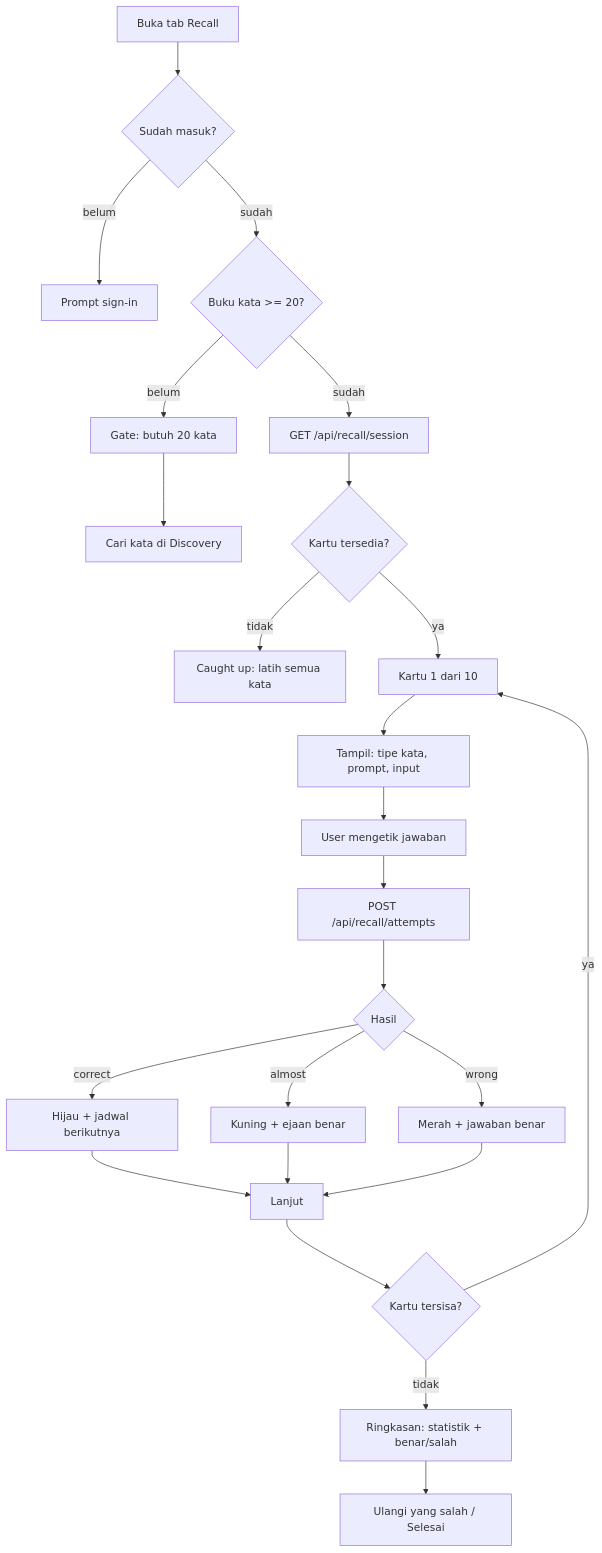
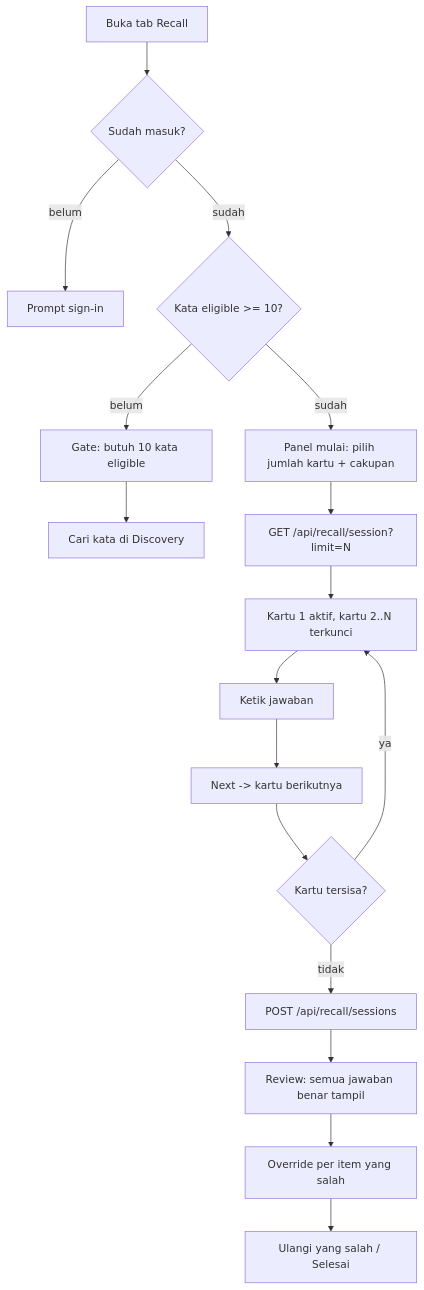
Before and after one commit to nandah4/billien: the diagram in docs/plan-recall.md, drawn with Mermaid. The commit also changed other lines of this file, not shown here.

First line of the commit message:
docs(recall): plan the session model, streak fix, and analytics

````diff
--- a/docs/plan-recall.md
+++ b/docs/plan-recall.md
@@ -15,26 +33,19 @@
 ```mermaid
 flowchart TD
     A[Buka tab Recall] --> B{Sudah masuk?}
     B -- belum --> B1[Prompt sign-in]
-    B -- sudah --> C{Buku kata >= 20?}
-    C -- belum --> C1[Gate: butuh 20 kata]
+    B -- sudah --> C{Kata eligible >= 10?}
+    C -- belum --> C1[Gate: butuh 10 kata eligible]
     C1 --> C2[Cari kata di Discovery]
-    C -- sudah --> D[GET /api/recall/session]
-    D --> E{Kartu tersedia?}
-    E -- tidak --> E1[Caught up: latih semua kata]
-    E -- ya --> F[Kartu 1 dari 10]
-    F --> G[Tampil: tipe kata, prompt, input]
-    G --> H[User mengetik jawaban]
-    H --> I[POST /api/recall/attempts]
-    I --> J{Hasil}
-    J -- correct --> J1[Hijau + jadwal berikutnya]
-    J -- almost --> J2[Kuning + ejaan benar]
-    J -- wrong --> J3[Merah + jawaban benar]
-    J1 --> K[Lanjut]
-    J2 --> K
-    J3 --> K
-    K --> L{Kartu tersisa?}
-    L -- ya --> F
-    L -- tidak --> M[Ringkasan: statistik + benar/salah]
-    M --> N[Ulangi yang salah / Selesai]
+    C -- sudah --> D[Panel mulai: pilih jumlah kartu + cakupan]
+    D --> E[GET /api/recall/session?limit=N]
+    E --> F[Kartu 1 aktif, kartu 2..N terkunci]
+    F --> G[Ketik jawaban]
+    G --> H[Next -> kartu berikutnya]
+    H --> I{Kartu tersisa?}
+    I -- ya --> F
+    I -- tidak --> J[POST /api/recall/sessions]
+    J --> K[Review: semua jawaban benar tampil]
+    K --> L[Override per item yang salah]
+    L --> M[Ulangi yang salah / Selesai]
 ```
````
